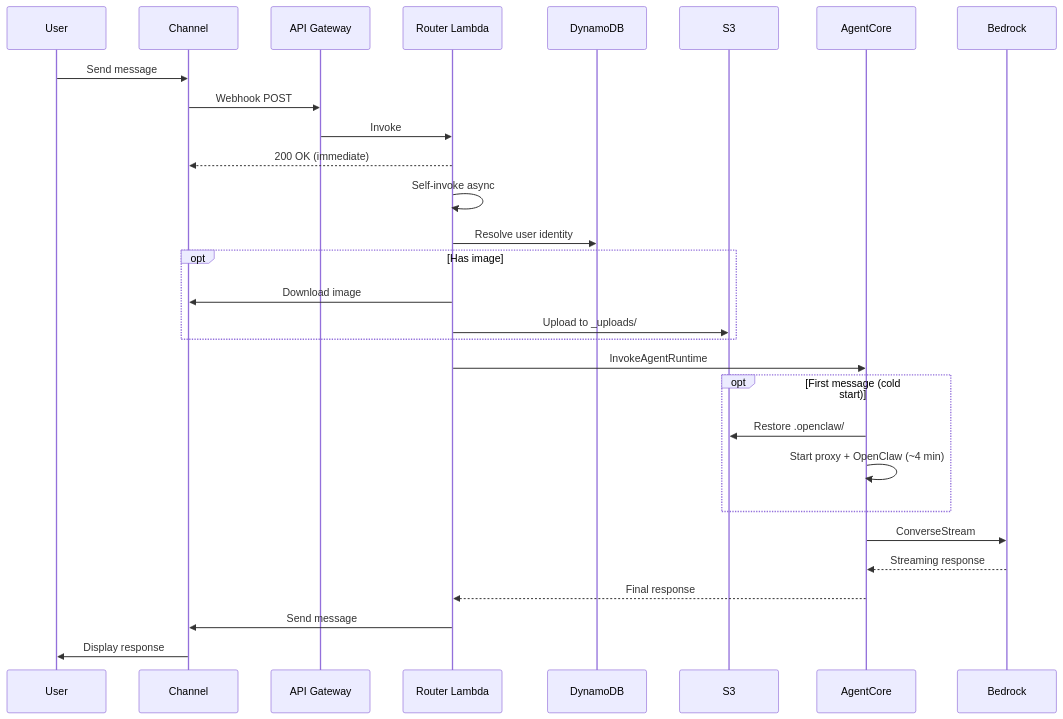
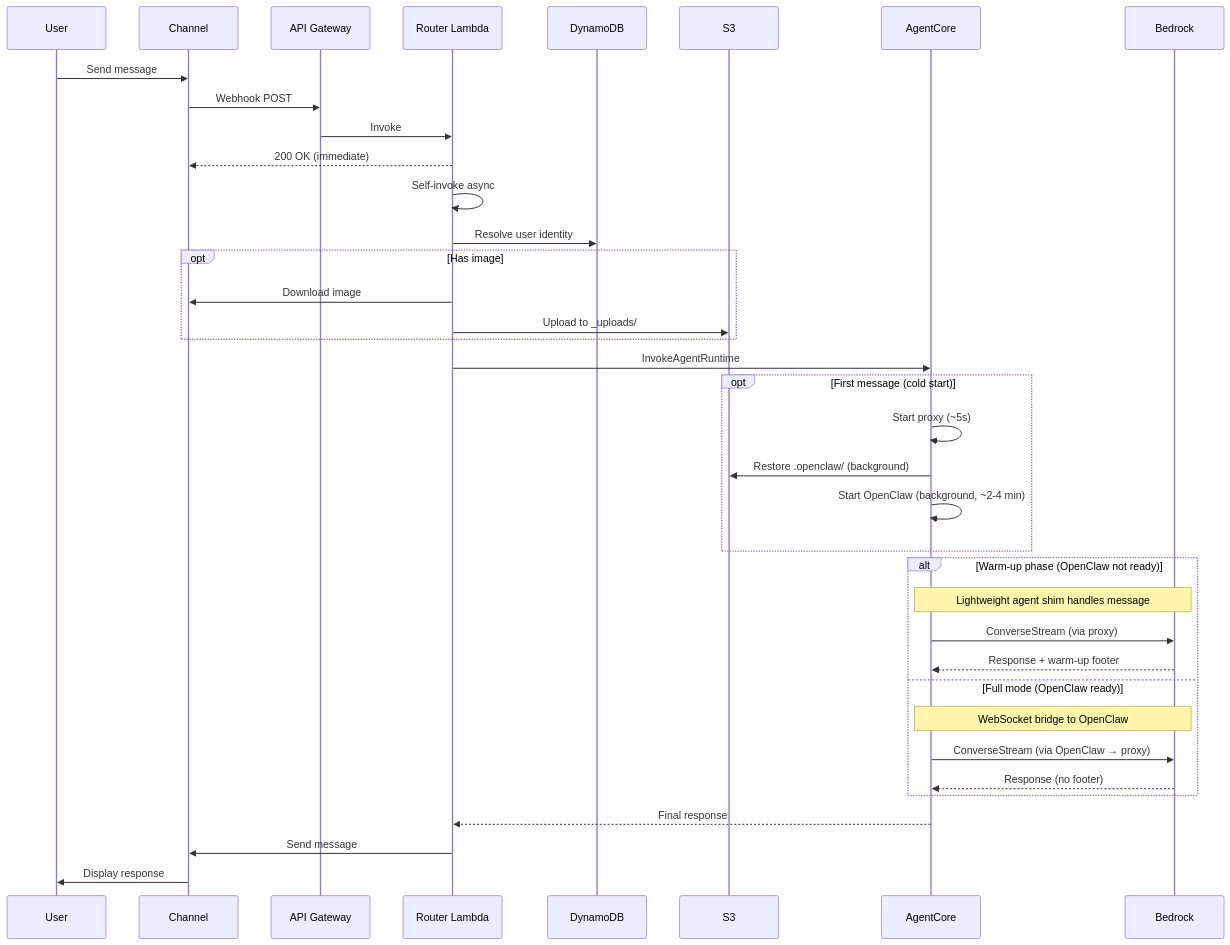
One commit to walkley/sample-host-openclaw-on-amazon-bedrock-agentcore changed the second of 7 diagrams in docs/architecture-detailed.md. Above: the diagram before and after it, drawn with Mermaid. The commit also changed other lines of this file and 3 other files, not shown here.

First line of the commit message:
docs: add Mermaid diagrams, document lightweight agent two-phase startup

````diff
--- a/docs/architecture-detailed.md
+++ b/docs/architecture-detailed.md
@@ -67,36 +68,45 @@
 ```mermaid
 sequenceDiagram
     participant U as User
     participant C as Channel
     participant AG as API Gateway
     participant RL as Router Lambda
     participant DB as DynamoDB
     participant S3 as S3
     participant AC as AgentCore
     participant B as Bedrock
 
     U->>C: Send message
     C->>AG: Webhook POST
     AG->>RL: Invoke
     RL-->>C: 200 OK (immediate)
     RL->>RL: Self-invoke async
     RL->>DB: Resolve user identity
 
     opt Has image
         RL->>C: Download image
         RL->>S3: Upload to _uploads/
     end
 
     RL->>AC: InvokeAgentRuntime
 
     opt First message (cold start)
-        AC->>S3: Restore .openclaw/
-        AC->>AC: Start proxy + OpenClaw (~4 min)
+        AC->>AC: Start proxy (~5s)
+        AC->>S3: Restore .openclaw/ (background)
+        AC->>AC: Start OpenClaw (background, ~2-4 min)
     end
 
-    AC->>B: ConverseStream
-    B-->>AC: Streaming response
+    alt Warm-up phase (OpenClaw not ready)
+        Note over AC,B: Lightweight agent shim handles message
+        AC->>B: ConverseStream (via proxy)
+        B-->>AC: Response + warm-up footer
+    else Full mode (OpenClaw ready)
+        Note over AC,B: WebSocket bridge to OpenClaw
+        AC->>B: ConverseStream (via OpenClaw → proxy)
+        B-->>AC: Response (no footer)
+    end
+
     AC-->>RL: Final response
     RL->>C: Send message
     C->>U: Display response
 ```
````
